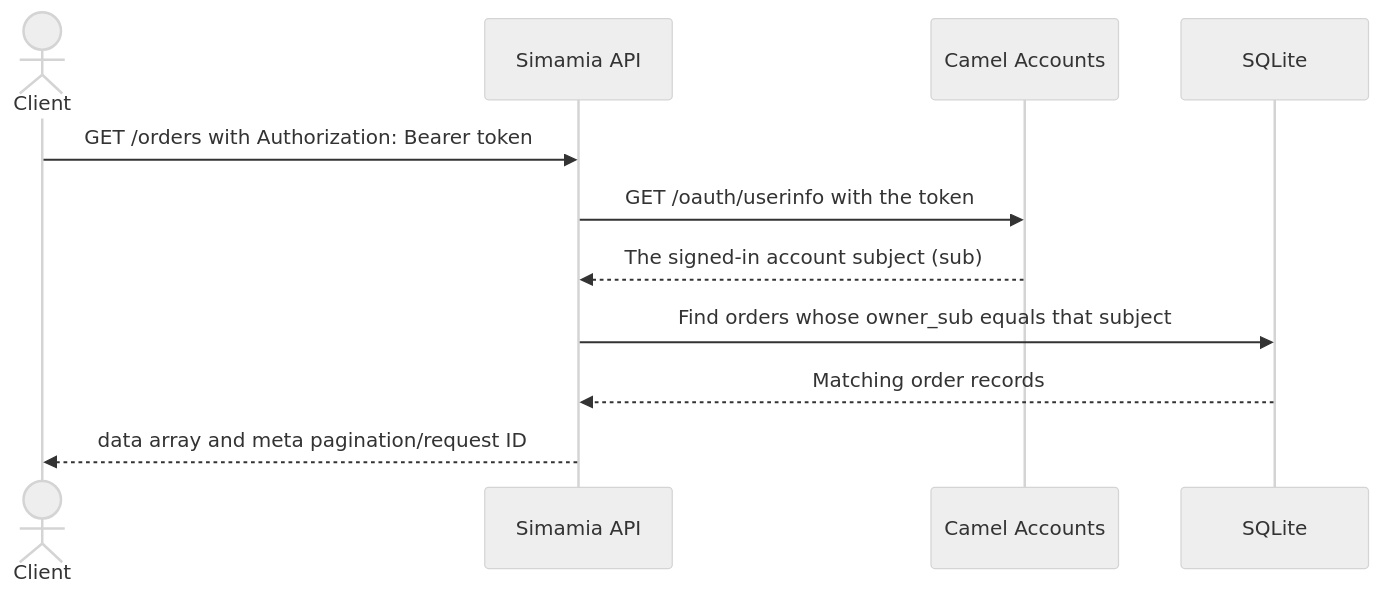
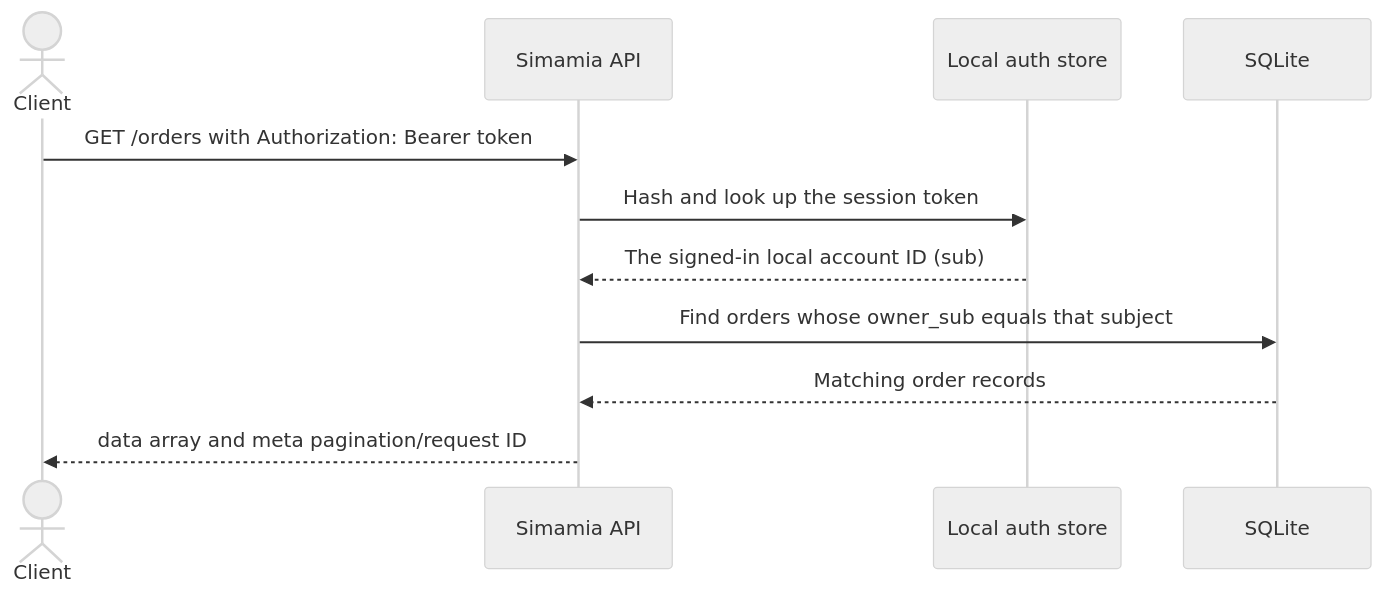
Before and after one commit to troubleman96/simamia-opensource: the second of 3 diagrams in docs-site/app/api/how-it-works/page.mdx, drawn with Mermaid (neutral theme). The commit also changed other lines of this file and 53 other files, not shown here.

Commit message:
feat: replace Camel auth with local accounts

````diff
--- a/docs-site/app/api/how-it-works/page.mdx
+++ b/docs-site/app/api/how-it-works/page.mdx
@@ -60,13 +60,13 @@
 ```mermaid
 sequenceDiagram
   actor Client
   participant API as Simamia API
-  participant CA as Camel Accounts
+  participant Auth as Local auth store
   participant DB as SQLite
   Client->>API: GET /orders with Authorization: Bearer token
-  API->>CA: GET /oauth/userinfo with the token
-  CA-->>API: The signed-in account subject (sub)
+  API->>Auth: Hash and look up the session token
+  Auth-->>API: The signed-in local account ID (sub)
   API->>DB: Find orders whose owner_sub equals that subject
   DB-->>API: Matching order records
   API-->>Client: data array and meta pagination/request ID
 ```
````
